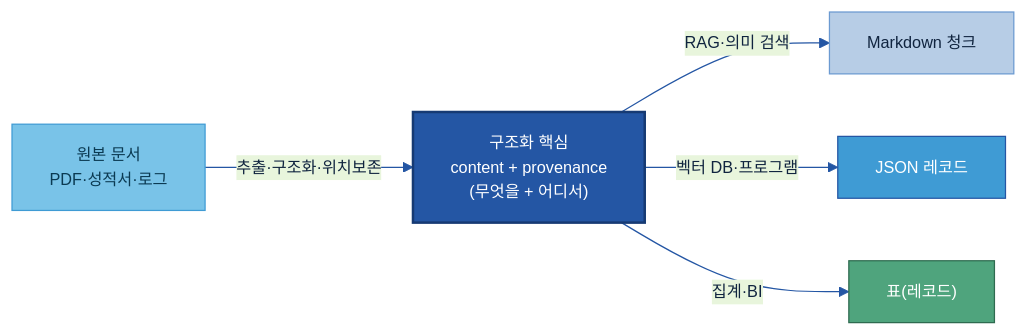
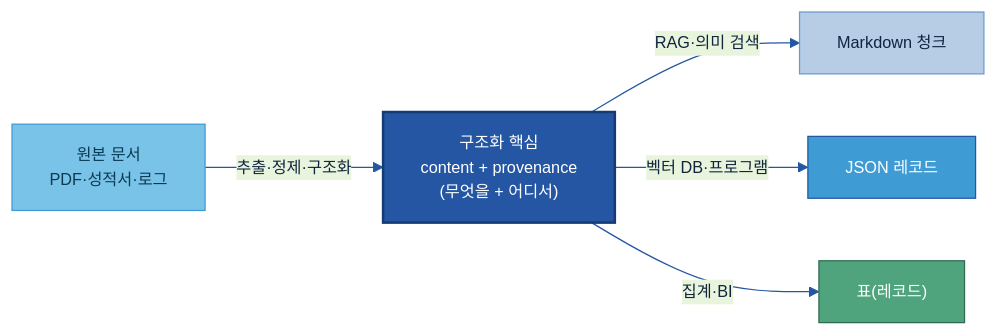
The second of 7 diagrams in 가이드 작성/B-1 데이터 전처리/B-1 데이터 전처리.md (jin-kearney/ai-ready-data-manual), drawn with Mermaid before and after one commit. The commit also changed other lines of this file, not shown here.

First line of the commit message:
docs(B-1): 전처리 4단계 정확화 — 추출→정제→구조화→청킹

````diff
--- a/가이드 작성/B-1 데이터 전처리/B-1 데이터 전처리.md
+++ b/가이드 작성/B-1 데이터 전처리/B-1 데이터 전처리.md
@@ -138,15 +138,15 @@
 ```mermaid
 %%{init: {'theme':'base','themeVariables':{'primaryColor':'#DCE8F5','primaryBorderColor':'#2456A4','primaryTextColor':'#10243f','lineColor':'#2456A4','fontSize':'13px'}}}%%
 flowchart LR
     DOC["원본 문서<br/>PDF·성적서·로그"]:::src
     CORE["구조화 핵심<br/>content + provenance<br/>(무엇을 + 어디서)"]:::cat
-    DOC -->|추출·구조화·위치보존| CORE
+    DOC -->|추출·정제·구조화| CORE
     CORE -->|RAG·의미 검색| MD["Markdown 청크"]:::n
     CORE -->|벡터 DB·프로그램| JS["JSON 레코드"]:::gate
     CORE -->|집계·BI| TB["표(레코드)"]:::loop
     classDef n fill:#B7CDE6,stroke:#6B9AD1,color:#10243f;
     classDef src fill:#79C3E8,stroke:#3F9BD4,color:#0b3a52;
     classDef cat fill:#2456A4,color:#fff,stroke:#163a73,stroke-width:2px;
     classDef gate fill:#3F9BD4,stroke:#2456A4,color:#fff;
     classDef loop fill:#4FA47D,stroke:#2f6b50,color:#fff;
 ```
````
